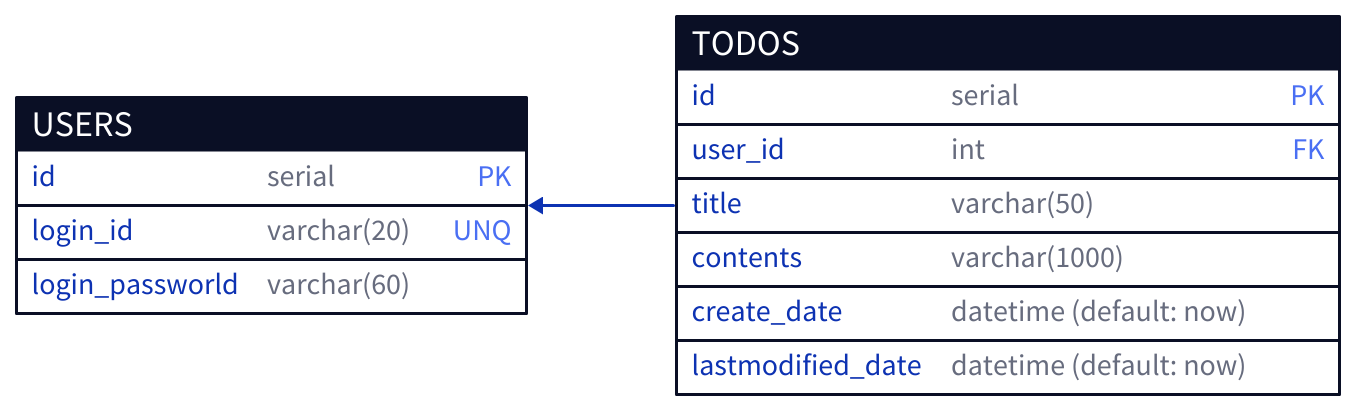
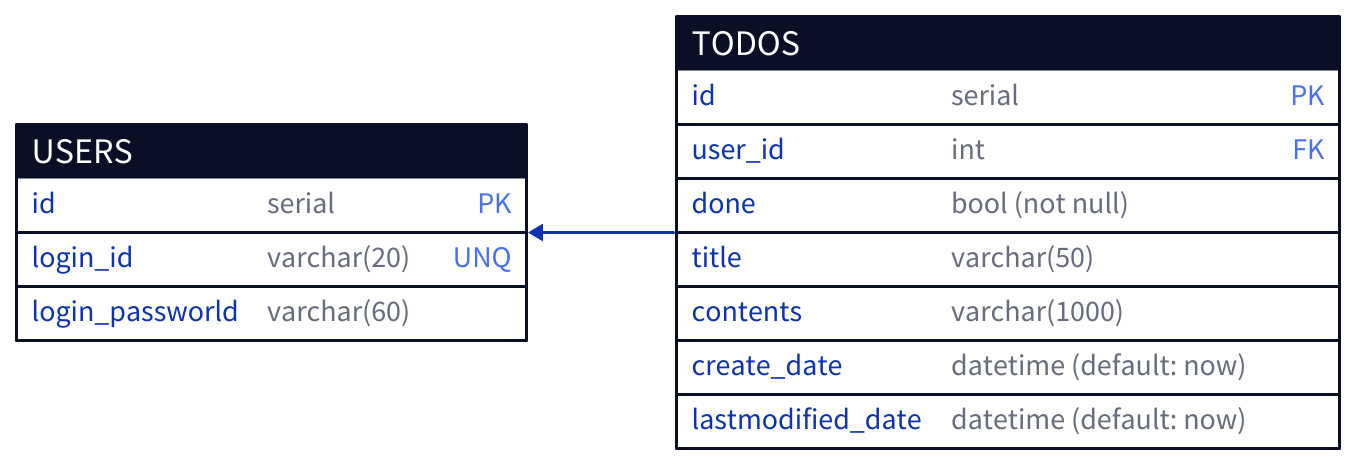
Before and after one commit to yusong-offx/todo-list: the diagram in postgresql/schemas.d2, drawn with D2. The commit also changed 29 other files, not shown here.

Commit message:
feat : adapt flutter to fiber fix typos in README, add README link. adapt flutter to fiber and fix fiber schema.

```diff
--- a/postgresql/schemas.d2
+++ b/postgresql/schemas.d2
@@ -1,22 +1,23 @@
 USERS: {
     shape: sql_table
 
     id: serial {constraint: primary_key}
     login_id: varchar(20) {constraint: unique}
     login_passworld: varchar(60)
 }
 
 TODOS: {
     shape: sql_table
 
     id: serial {constraint: primary_key}
     user_id: int {constraint: foreign_key}
+    done: bool (not null)
     title: varchar(50)
     contents: varchar(1000)
     create_date: datetime (default: now)
     lastmodified_date: datetime (default: now)
 
 }
 
 direction: left
 USERS.id <- TODOS.user_id
```
